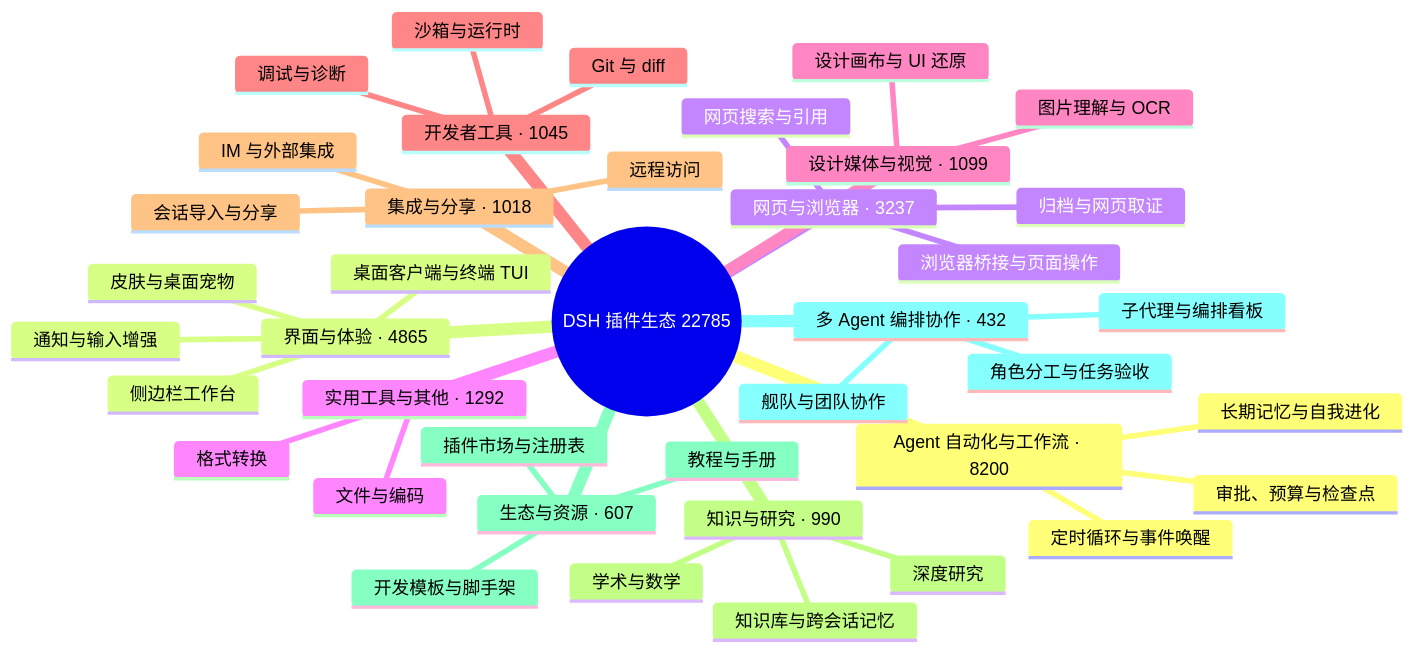
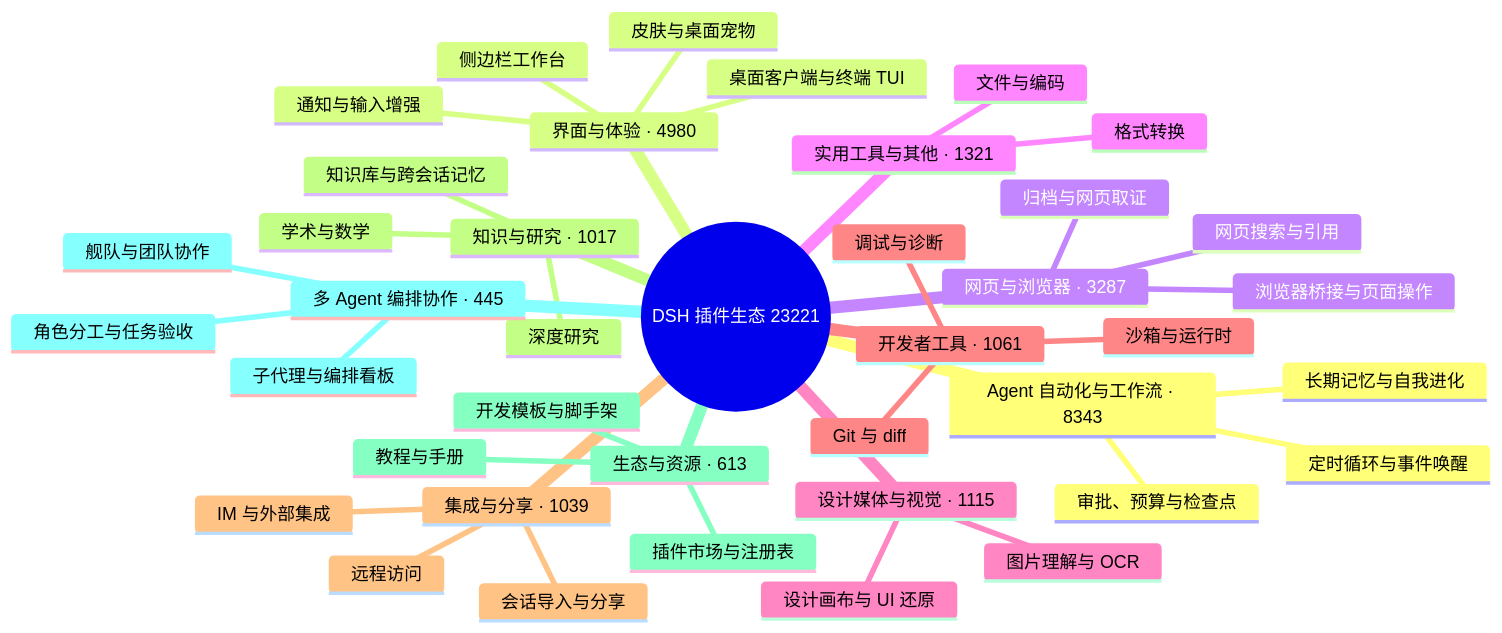
Before and after one commit to bruc3van/awesome-dsh-plugin: the diagram in README.md, drawn with Mermaid. The commit also changed other lines of this file and 28 other files, not shown here.

````diff
--- a/README.md
+++ b/README.md
@@ -40,43 +40,43 @@
 ```mermaid
 mindmap
-  root((DSH 插件生态 22785))
-    Agent 自动化与工作流 · 8200
+  root((DSH 插件生态 23221))
+    Agent 自动化与工作流 · 8343
       定时循环与事件唤醒
       长期记忆与自我进化
       审批、预算与检查点
-    界面与体验 · 4865
+    界面与体验 · 4980
       桌面客户端与终端 TUI
       侧边栏工作台
       皮肤与桌面宠物
       通知与输入增强
-    网页与浏览器 · 3237
+    网页与浏览器 · 3287
       浏览器桥接与页面操作
       网页搜索与引用
       归档与网页取证
-    实用工具与其他 · 1292
+    实用工具与其他 · 1321
       文件与编码
       格式转换
-    设计媒体与视觉 · 1099
+    设计媒体与视觉 · 1115
       图片理解与 OCR
       设计画布与 UI 还原
-    开发者工具 · 1045
+    开发者工具 · 1061
       Git 与 diff
       沙箱与运行时
       调试与诊断
-    集成与分享 · 1018
+    集成与分享 · 1039
       会话导入与分享
       远程访问
       IM 与外部集成
-    知识与研究 · 990
+    知识与研究 · 1017
       知识库与跨会话记忆
       深度研究
       学术与数学
-    生态与资源 · 607
+    生态与资源 · 613
       插件市场与注册表
       开发模板与脚手架
       教程与手册
-    多 Agent 编排协作 · 432
+    多 Agent 编排协作 · 445
       子代理与编排看板
       舰队与团队协作
       角色分工与任务验收
 ```
````
